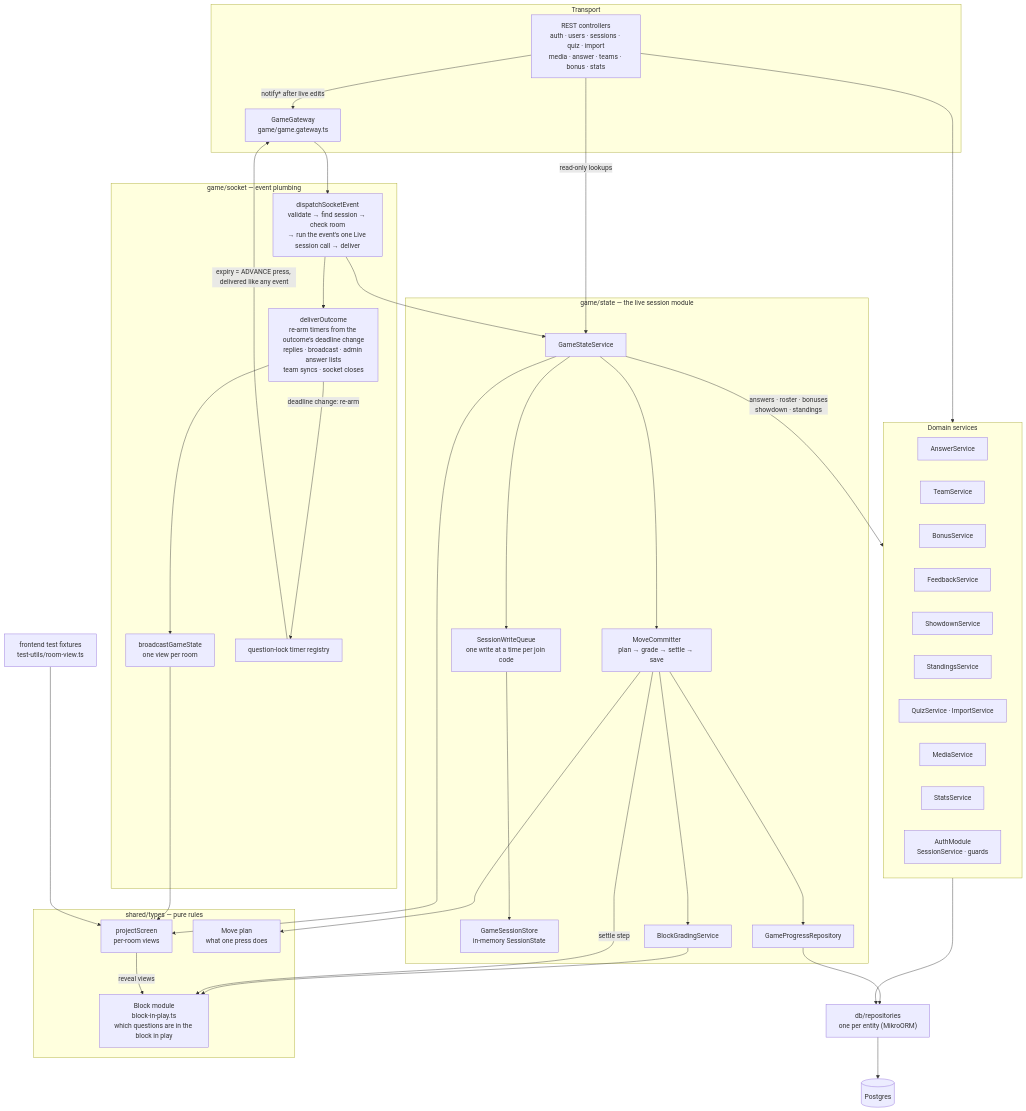
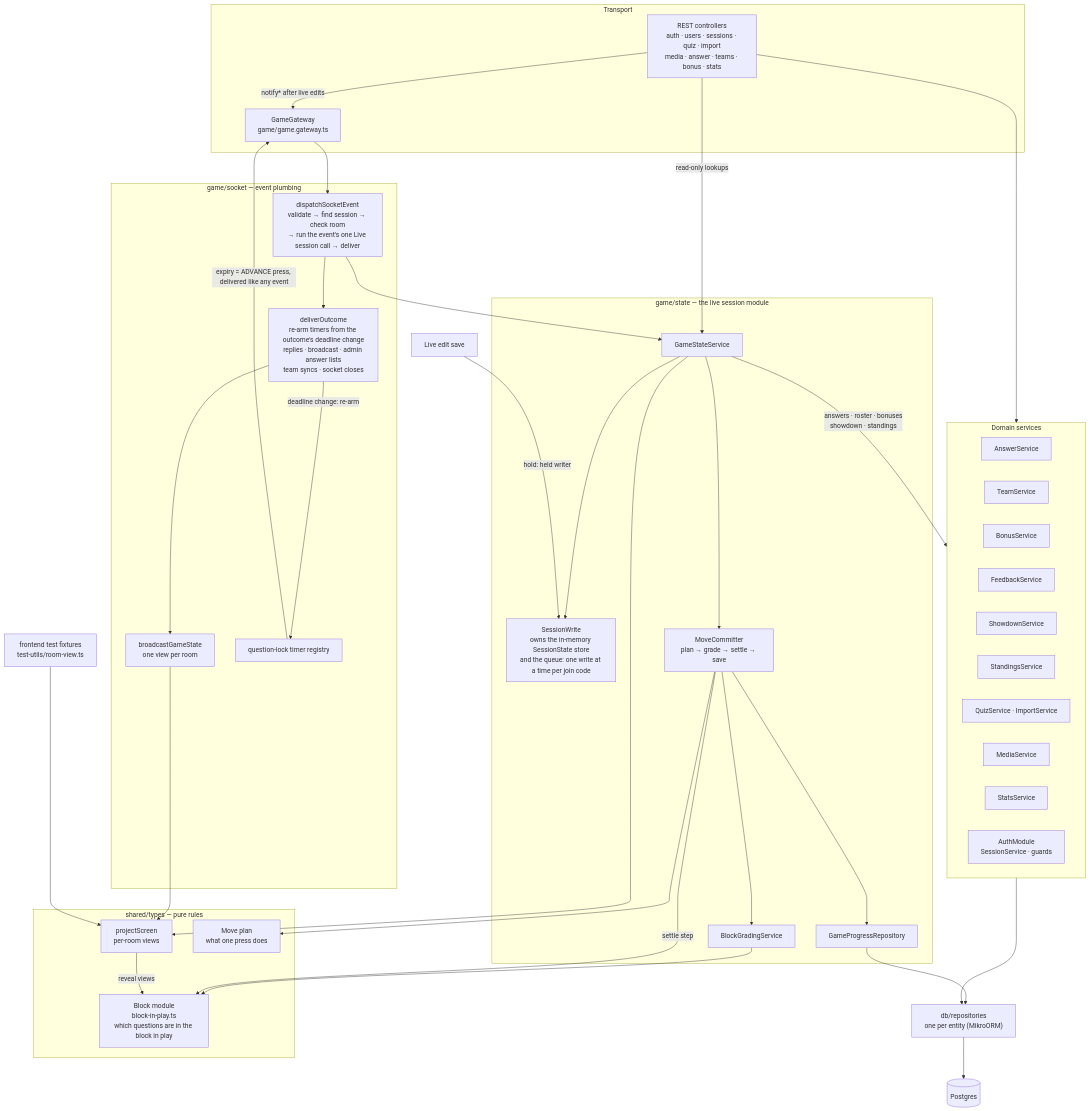
The third of 8 diagrams in docs/architecture.md (Sid0rr0/campus-pubquiz), drawn with Mermaid before and after one commit. The commit also changed other lines of this file and 3 other files, not shown here.

First line of the commit message:
refactor(backend): Session write hold hands out a held writer

````diff
--- a/docs/architecture.md
+++ b/docs/architecture.md
@@ -73,68 +73,68 @@
 ```mermaid
 flowchart TD
   subgraph transport["Transport"]
     gw["GameGateway<br/>game/game.gateway.ts"]
     rest["REST controllers<br/>auth · users · sessions · quiz · import<br/>media · answer · teams · bonus · stats"]
   end
 
   subgraph socket["game/socket — event plumbing"]
     dispatch["dispatchSocketEvent<br/>validate → find session → check room<br/>→ run the event's one Live session call → deliver"]
     deliver["deliverOutcome<br/>re-arm timers from the outcome's deadline change<br/>replies · broadcast · admin answer lists<br/>team syncs · socket closes"]
     broadcast["broadcastGameState<br/>one view per room"]
     timers["question-lock timer registry"]
   end
 
   subgraph state["game/state — the live session module"]
     gss["GameStateService"]
-    queue["SessionWriteQueue<br/>one write at a time per join code"]
-    store["GameSessionStore<br/>in-memory SessionState"]
+    write["SessionWrite<br/>owns the in-memory SessionState store<br/>and the queue: one write at a time per join code"]
     mover["MoveCommitter<br/>plan → grade → settle → save"]
     grading["BlockGradingService"]
     progress["GameProgressRepository"]
   end
 
   subgraph shared["shared/types — pure rules"]
     project["projectScreen<br/>per-room views"]
     plan["Move plan<br/>what one press does"]
     block["Block module<br/>block-in-play.ts<br/>which questions are in the block in play"]
   end
 
   subgraph domain["Domain services"]
     answer["AnswerService"]
     team["TeamService"]
     bonus["BonusService"]
     feedback["FeedbackService"]
     showdown["ShowdownService"]
     standings["StandingsService"]
     quiz["QuizService · ImportService"]
     media["MediaService"]
     stats["StatsService"]
     auth["AuthModule<br/>SessionService · guards"]
   end
 
   repos["db/repositories<br/>one per entity (MikroORM)"]
   db[("Postgres")]
 
   gw --> dispatch --> gss
   dispatch --> deliver --> broadcast --> project
   deliver -->|"deadline change: re-arm"| timers
   timers -->|"expiry = ADVANCE press, delivered like any event"| gw
   rest -->|"notify* after live edits"| gw
   rest -->|read-only lookups| gss
   rest --> domain
 
-  gss --> queue --> store
+  gss --> write
+  live["Live edit save"] -->|"hold: held writer"| write
   gss --> mover --> grading
   mover --> progress
   mover --> plan
   grading --> block
   mover -->|"settle step"| block
   project -->|"reveal views"| block
   gss --> project
   fixtures["frontend test fixtures<br/>test-utils/room-view.ts"] --> project
   gss -->|"answers · roster · bonuses<br/>showdown · standings"| domain
 
   domain --> repos
   progress --> repos
   repos --> db
 ```
````
